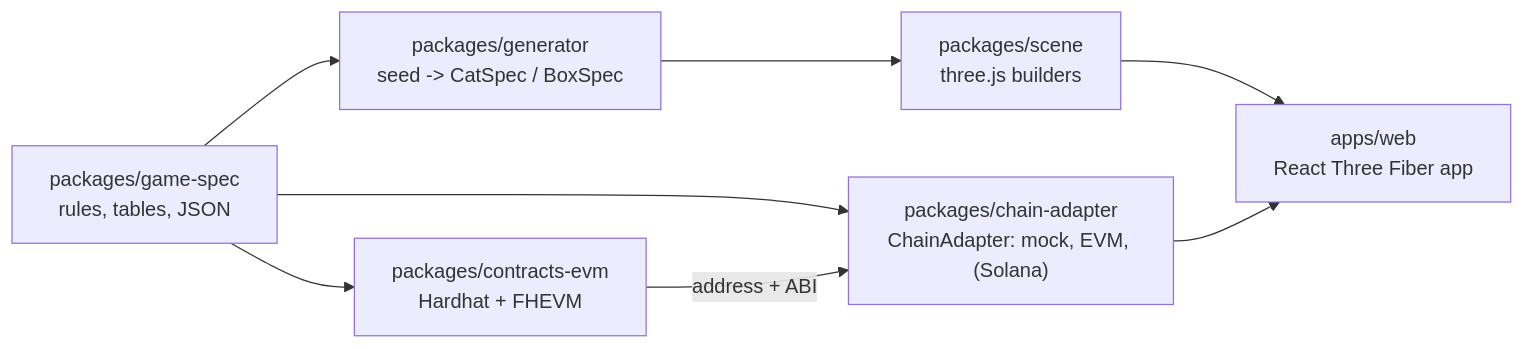
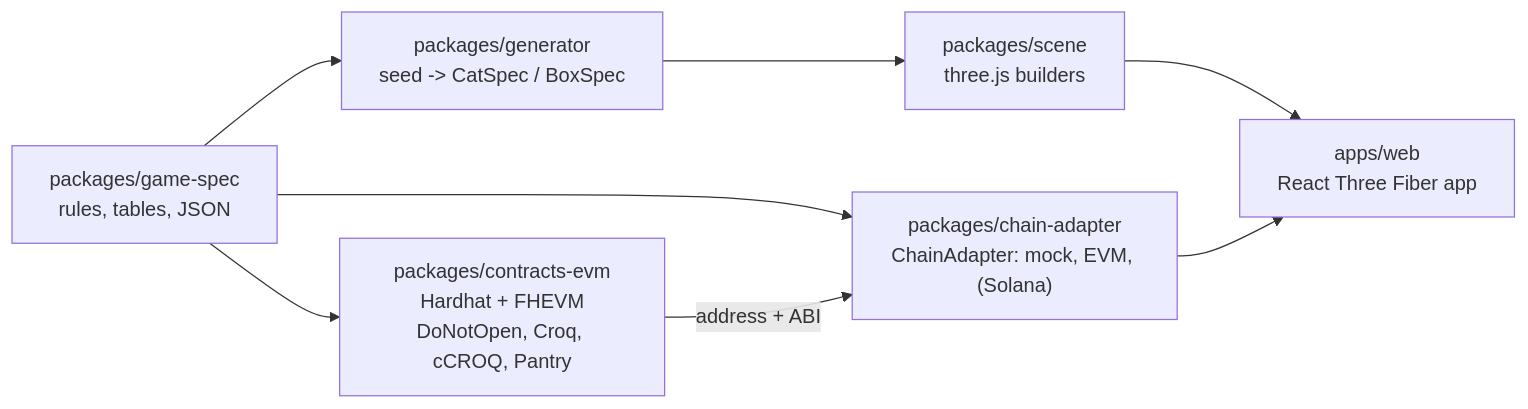
Before and after one commit to jecombe/do_not_open: the first of 3 diagrams in README.md, drawn with Mermaid. The commit also changed other lines of this file and 68 other files, not shown here.

````diff
--- a/README.md
+++ b/README.md
@@ -21,14 +26,14 @@
 ```mermaid
 flowchart LR
   spec["packages/game-spec<br/>rules, tables, JSON"]
   gen["packages/generator<br/>seed -> CatSpec / BoxSpec"]
   scene["packages/scene<br/>three.js builders"]
   web["apps/web<br/>React Three Fiber app"]
-  evm["packages/contracts-evm<br/>Hardhat + FHEVM"]
+  evm["packages/contracts-evm<br/>Hardhat + FHEVM<br/>DoNotOpen, Croq, cCROQ, Pantry"]
   adapter["packages/chain-adapter<br/>ChainAdapter: mock, EVM, (Solana)"]
 
   spec --> gen --> scene --> web
   spec --> evm
   spec --> adapter
   evm -- address + ABI --> adapter --> web
 ```
````
